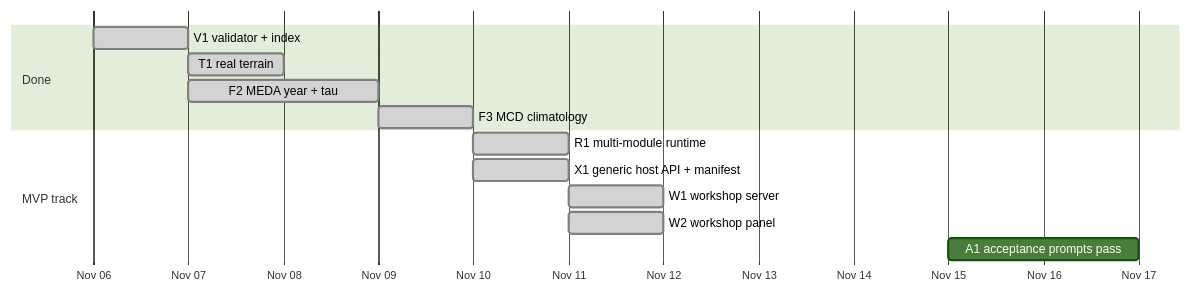
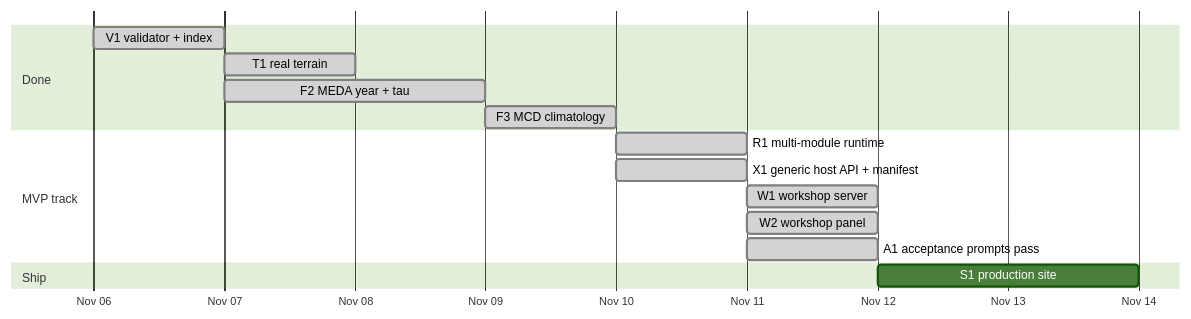
The sixth of 7 diagrams in docs/DEV_GUIDE.md (chingchang/mars-sandbox), drawn with Mermaid (forest theme) before and after one commit. The commit also changed other lines of this file and 18 other files, not shown here.

````diff
--- a/docs/DEV_GUIDE.md
+++ b/docs/DEV_GUIDE.md
@@ -270,16 +274,18 @@
 ```mermaid
 gantt
     dateFormat  YYYY-MM-DD
     axisFormat  %b %d
     section Done
     V1 validator + index          :done, 2026-11-06, 1d
     T1 real terrain               :done, 2026-11-07, 1d
     F2 MEDA year + tau            :done, 2026-11-07, 2d
     F3 MCD climatology            :done, 2026-11-09, 1d
     section MVP track
     R1 multi-module runtime       :done, 2026-11-10, 1d
     X1 generic host API + manifest:done, 2026-11-10, 1d
     W1 workshop server            :done, 2026-11-11, 1d
     W2 workshop panel             :done, 2026-11-11, 1d
-    A1 acceptance prompts pass    :2026-11-15, 2d
+    A1 acceptance prompts pass    :done, 2026-11-11, 1d
+    section Ship
+    S1 production site            :2026-11-12, 2d
 ```
````
